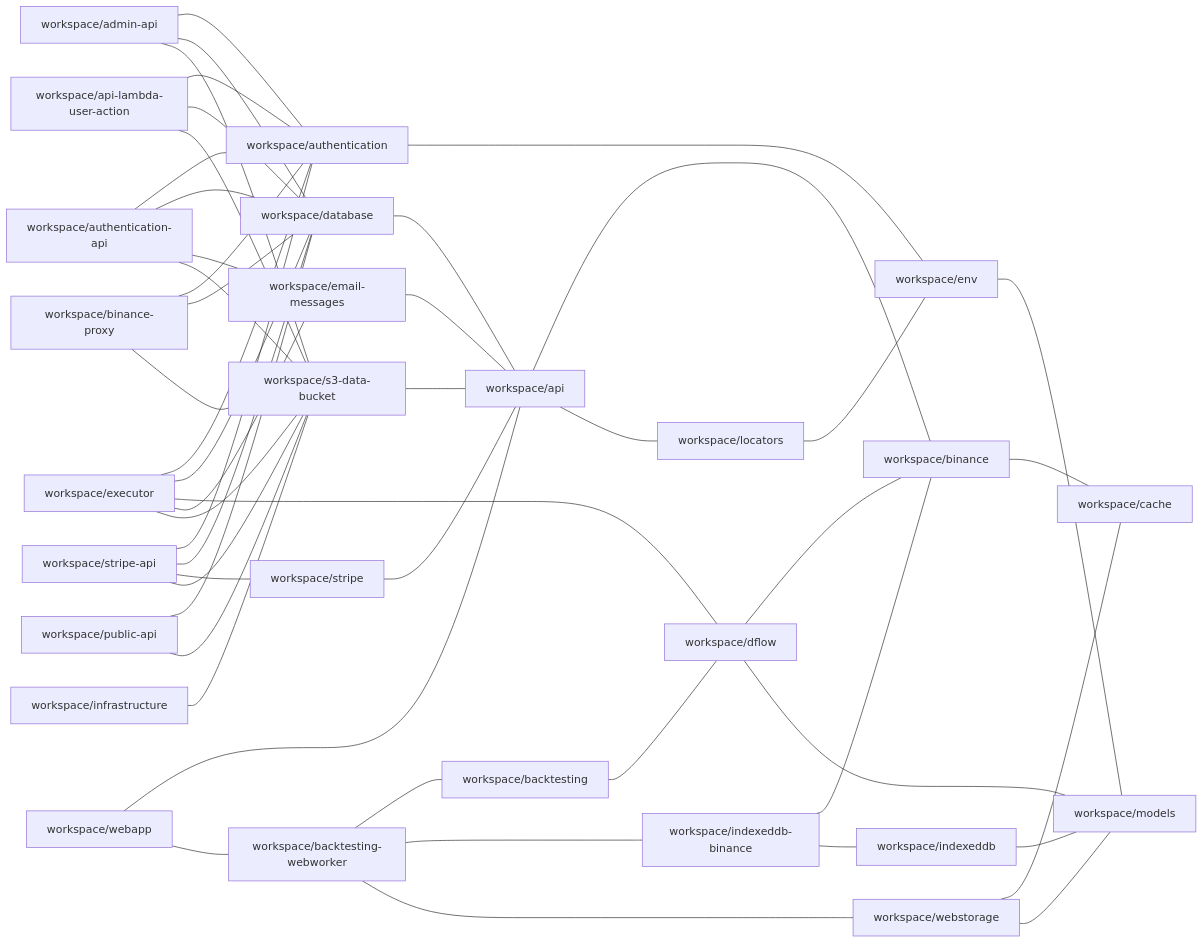
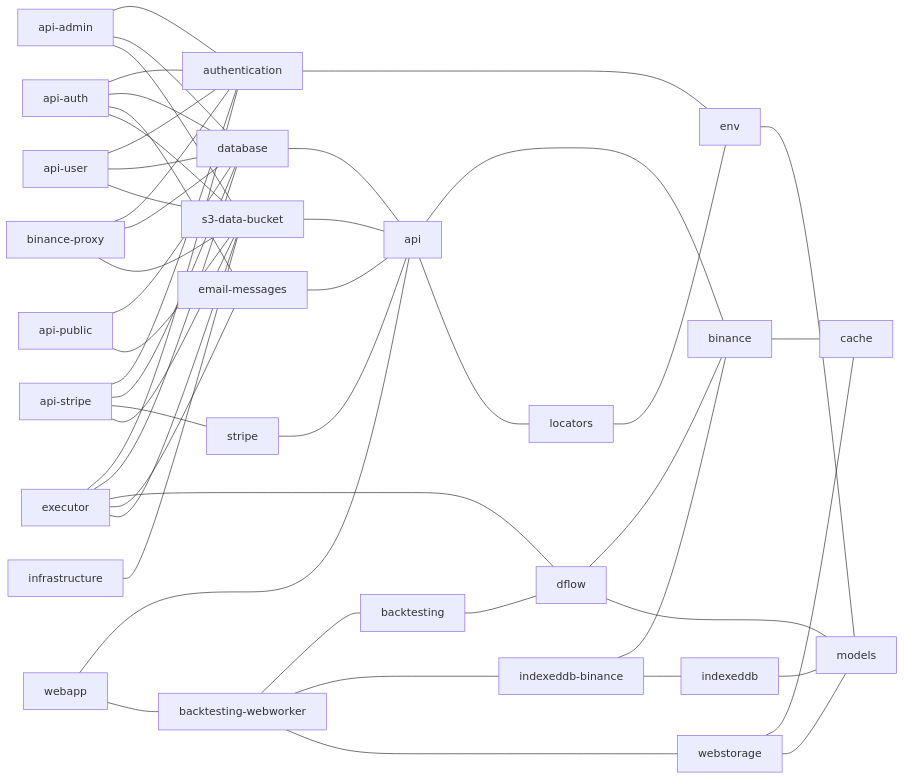
Before and after one commit to ggbot-org/ggbot: the diagram in repository/docs/npm-dependencies.md, drawn with Mermaid. The commit also changed 90 other files, not shown here.

````diff
--- a/repository/docs/npm-dependencies.md
+++ b/repository/docs/npm-dependencies.md
@@ -6,51 +6,51 @@
 ```mermaid
 graph LR
-    workspace/admin-api --- workspace/authentication
-    workspace/admin-api --- workspace/database
-    workspace/admin-api --- workspace/s3-data-bucket
-    workspace/api --- workspace/binance
-    workspace/api --- workspace/locators
-    workspace/api-lambda-user-action --- workspace/authentication
-    workspace/api-lambda-user-action --- workspace/database
-    workspace/api-lambda-user-action --- workspace/s3-data-bucket
-    workspace/authentication --- workspace/env
-    workspace/authentication-api --- workspace/authentication
-    workspace/authentication-api --- workspace/database
-    workspace/authentication-api --- workspace/email-messages
-    workspace/authentication-api --- workspace/s3-data-bucket
-    workspace/backtesting --- workspace/dflow
-    workspace/backtesting-webworker --- workspace/backtesting
-    workspace/backtesting-webworker --- workspace/indexeddb-binance
-    workspace/backtesting-webworker --- workspace/webstorage
-    workspace/binance --- workspace/cache
-    workspace/binance-proxy --- workspace/authentication
-    workspace/binance-proxy --- workspace/database
-    workspace/binance-proxy --- workspace/s3-data-bucket
-    workspace/database --- workspace/api
-    workspace/dflow --- workspace/binance
-    workspace/dflow --- workspace/models
-    workspace/email-messages --- workspace/api
-    workspace/env --- workspace/models
-    workspace/executor --- workspace/authentication
-    workspace/executor --- workspace/database
-    workspace/executor --- workspace/dflow
-    workspace/executor --- workspace/email-messages
-    workspace/executor --- workspace/s3-data-bucket
-    workspace/indexeddb --- workspace/models
-    workspace/indexeddb-binance --- workspace/binance
-    workspace/indexeddb-binance --- workspace/indexeddb
-    workspace/infrastructure --- workspace/s3-data-bucket
-    workspace/locators --- workspace/env
-    workspace/public-api --- workspace/database
-    workspace/public-api --- workspace/s3-data-bucket
-    workspace/s3-data-bucket --- workspace/api
-    workspace/stripe --- workspace/api
-    workspace/stripe-api --- workspace/authentication
-    workspace/stripe-api --- workspace/database
-    workspace/stripe-api --- workspace/stripe
-    workspace/stripe-api --- workspace/s3-data-bucket
-    workspace/webapp --- workspace/api
-    workspace/webapp --- workspace/backtesting-webworker
-    workspace/webstorage --- workspace/cache
-    workspace/webstorage --- workspace/models
+    api --- binance
+    api --- locators
+    api-admin --- authentication
+    api-admin --- database
+    api-admin --- s3-data-bucket
+    api-auth --- authentication
+    api-auth --- database
+    api-auth --- email-messages
+    api-auth --- s3-data-bucket
+    api-public --- database
+    api-public --- s3-data-bucket
+    api-stripe --- authentication
+    api-stripe --- database
+    api-stripe --- stripe
+    api-stripe --- s3-data-bucket
+    api-user --- authentication
+    api-user --- database
+    api-user --- s3-data-bucket
+    authentication --- env
+    backtesting --- dflow
+    backtesting-webworker --- backtesting
+    backtesting-webworker --- indexeddb-binance
+    backtesting-webworker --- webstorage
+    binance --- cache
+    binance-proxy --- authentication
+    binance-proxy --- database
+    binance-proxy --- s3-data-bucket
+    database --- api
+    dflow --- binance
+    dflow --- models
+    email-messages --- api
+    env --- models
+    executor --- authentication
+    executor --- database
+    executor --- dflow
+    executor --- email-messages
+    executor --- s3-data-bucket
+    indexeddb --- models
+    indexeddb-binance --- binance
+    indexeddb-binance --- indexeddb
+    infrastructure --- s3-data-bucket
+    locators --- env
+    s3-data-bucket --- api
+    stripe --- api
+    webapp --- api
+    webapp --- backtesting-webworker
+    webstorage --- cache
+    webstorage --- models
 ```
````
